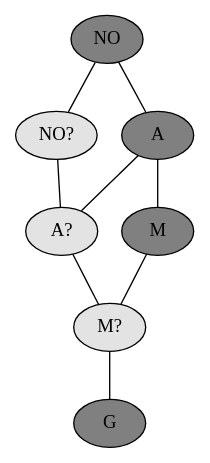
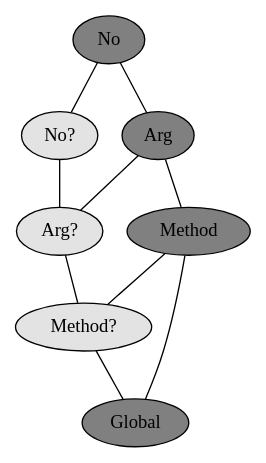
The diagram in OPAL/br/src/main/resources/org/opalj/fpcf/properties/EscapeProperty.dot (opalj/opal), drawn with Graphviz before and after one commit.

Commit message:
small issues

```diff
--- a/OPAL/br/src/main/resources/org/opalj/fpcf/properties/EscapeProperty.dot
+++ b/OPAL/br/src/main/resources/org/opalj/fpcf/properties/EscapeProperty.dot
@@ -1,20 +1,21 @@
-digraph item_set {
-NO [label = "NO" style=filled fillcolor="gray"];
-MAYBENO [label = "NO?" style=filled fillcolor="gray89"]
+graph escape_properties {
 
-A [label = "A" style=filled fillcolor="gray"]
-MAYBEA [label = "A?" style=filled fillcolor="gray89"]
+    NO [label = "No" style=filled fillcolor="gray"];
+    MAYBENO [label = "No?" style=filled fillcolor="gray89"]
 
-M [label = "M" style=filled fillcolor="gray"]
-MAYBEM [label = "M?" style=filled fillcolor="gray89"]
+    A [label = "Arg" style=filled fillcolor="gray"]
+    MAYBEA [label = "Arg?" style=filled fillcolor="gray89"]
 
-G [label = "G" style=filled fillcolor="gray"]
+    M [label = "Method" style=filled fillcolor="gray"]
+    MAYBEM [label = "Method?" style=filled fillcolor="gray89"]
 
-NO -> {A, MAYBENO} [dir = none];
-A -> {M, MAYBEA} [dir = none];
-M -> {MAYBEM} [dir = none];
-MAYBENO -> MAYBEA [dir = none];
-MAYBEA -> MAYBEM [dir = none];
-MAYBEM -> G [dir = none];
+    G [label = "Global" style=filled fillcolor="gray"]
 
- }
+    NO -- {A, MAYBENO};
+    A -- {M, MAYBEA};
+    M -- {G, MAYBEM};
+    MAYBENO -- MAYBEA;
+    MAYBEA -- MAYBEM;
+    MAYBEM -- G;
+
+}
```
